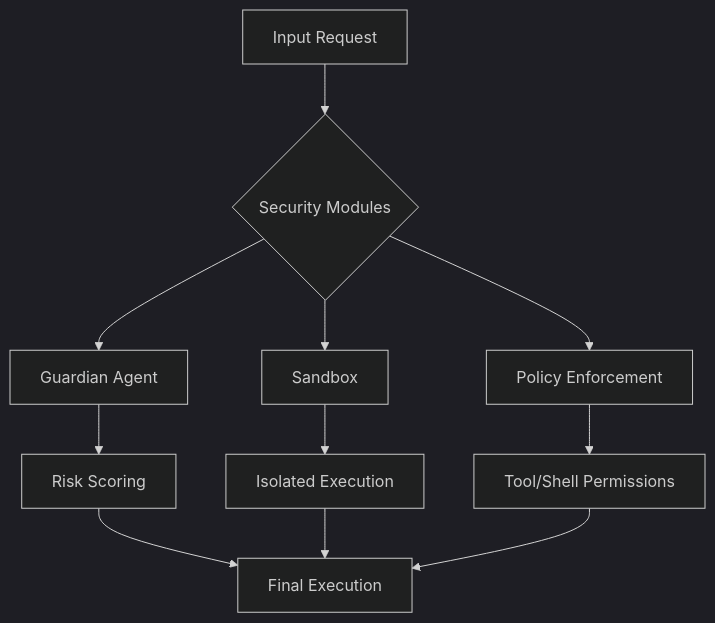
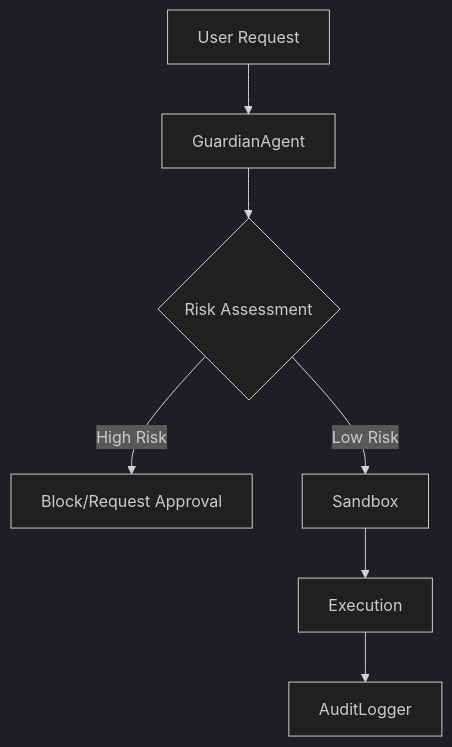
One commit to phuetz/code-buddy changed the diagram in .codebuddy/docs/6-security.md. Above: the diagram before and after it, drawn with Mermaid (dark theme). The commit also changed other lines of this file and 15 other files, not shown here.

````diff
--- a/.codebuddy/docs/6-security.md
+++ b/.codebuddy/docs/6-security.md
@@ -7,11 +42,9 @@
 ```mermaid
 graph TD
-    A[Input Request] --> B{Security Modules}
-    B --> C[Guardian Agent]
-    B --> D[Sandbox]
-    B --> E[Policy Enforcement]
-    C --> F[Risk Scoring]
-    D --> G[Isolated Execution]
-    E --> H[Tool/Shell Permissions]
-    F & G & H --> I[Final Execution]
+    A[User Request] --> B[GuardianAgent]
+    B --> C{Risk Assessment}
+    C -->|High Risk| D[Block/Request Approval]
+    C -->|Low Risk| E[Sandbox]
+    E --> F[Execution]
+    F --> G[AuditLogger]
 ```
````
